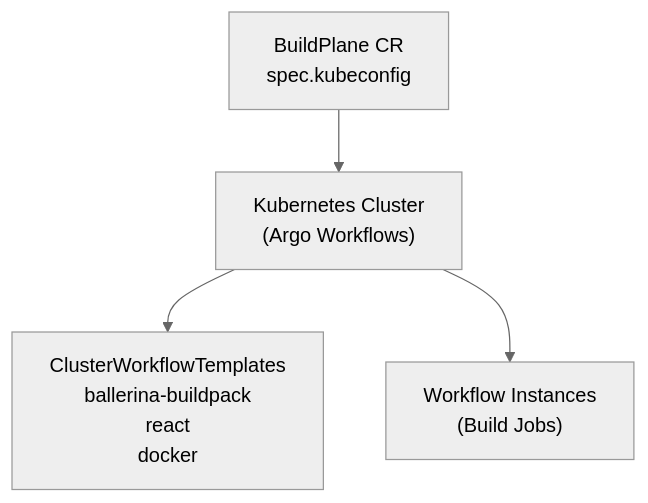
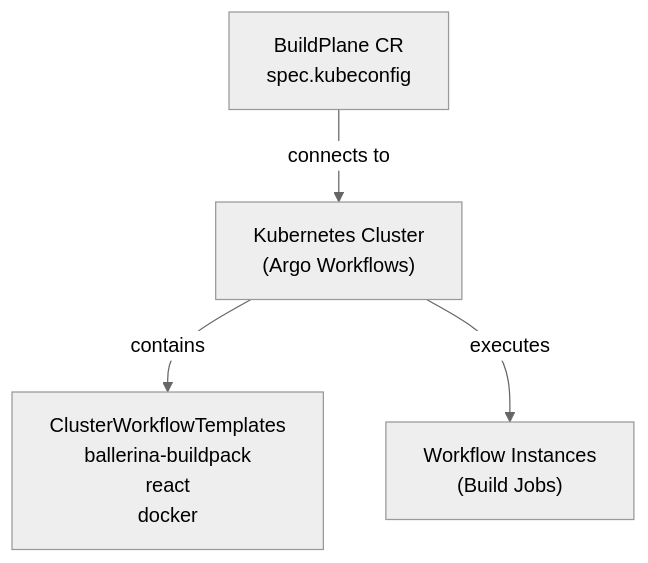
One commit to openchoreo/openchoreo changed the fourth of 12 diagrams in docs/deepwiki/Platform-Abstractions.md. Above: the diagram before and after it, drawn with Mermaid (neutral theme). The commit also changed other lines of this file and 85 other files, not shown here.

Commit message:
feat: Add new workflow and specification templates, update Helm chart dependencies, and clarify documentation diagrams.

````diff
--- a/docs/deepwiki/Platform-Abstractions.md
+++ b/docs/deepwiki/Platform-Abstractions.md
@@ -196,12 +196,12 @@
 ```mermaid
 flowchart TD
 
 BP["BuildPlane CR<br>spec.kubeconfig"]
 ArgoCluster["Kubernetes Cluster<br>(Argo Workflows)"]
 WFTemplates["ClusterWorkflowTemplates<br>ballerina-buildpack<br>react<br>docker"]
 Workflows["Workflow Instances<br>(Build Jobs)"]
 
-BP --> ArgoCluster
-ArgoCluster --> WFTemplates
-ArgoCluster --> Workflows
+BP -->|"connects to"| ArgoCluster
+ArgoCluster -->|"contains"| WFTemplates
+ArgoCluster -->|"executes"| Workflows
 ```
````
